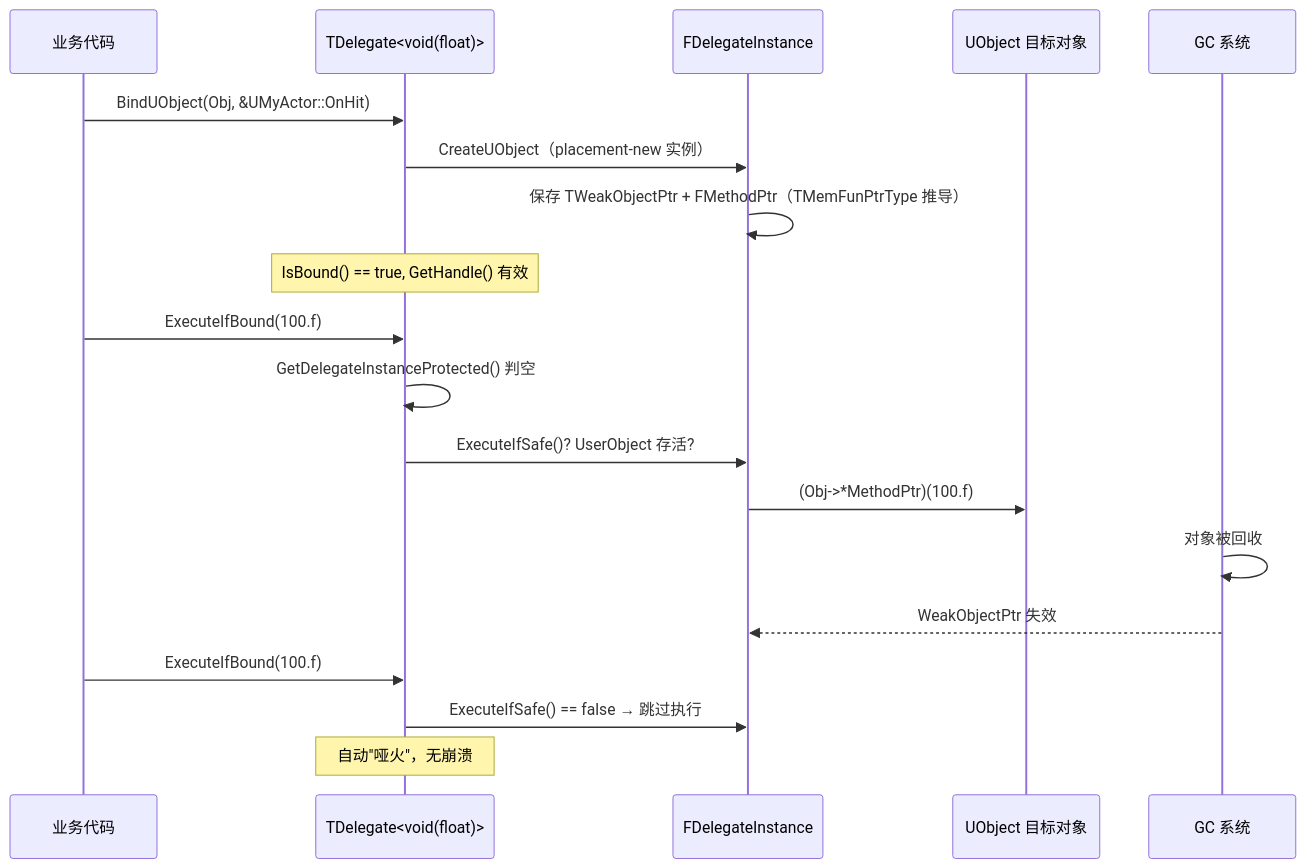
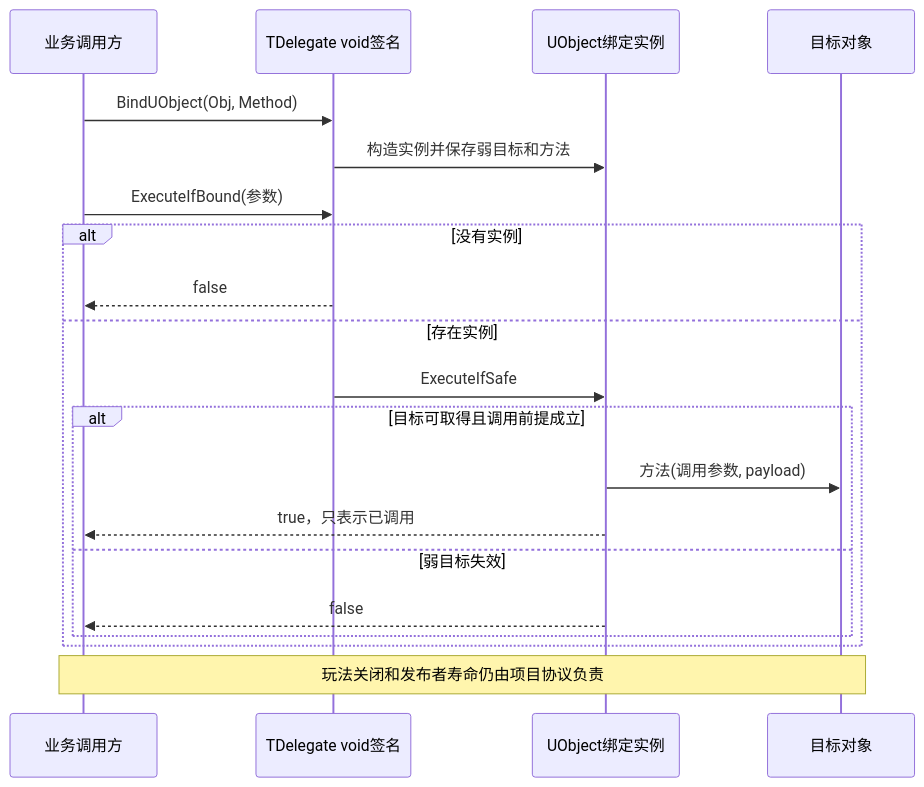
One commit to fantuan812/learning changed the first of 3 diagrams in 知识/03-引擎架构与资源系统/模块化框架与对象通信/06-委托与事件系统源码.md. Above: the diagram before and after it, drawn with Mermaid. The commit also changed other lines of this file and 2 other files, not shown here.

````diff
--- a/知识/03-引擎架构与资源系统/模块化框架与对象通信/06-委托与事件系统源码.md
+++ b/知识/03-引擎架构与资源系统/模块化框架与对象通信/06-委托与事件系统源码.md
@@ -1401,24 +1593,22 @@
 ```mermaid
 sequenceDiagram
-    participant Dev as 业务代码
-    participant D as TDelegate<void(float)>
-    participant Inst as FDelegateInstance
-    participant Obj as UObject 目标对象
-    participant GC as GC 系统
-
-    Dev->>D: BindUObject(Obj, &UMyActor::OnHit)
-    D->>Inst: CreateUObject（placement-new 实例）
-    Inst->>Inst: 保存 TWeakObjectPtr + FMethodPtr（TMemFunPtrType 推导）
-    Note over D: IsBound() == true, GetHandle() 有效
-
-    Dev->>D: ExecuteIfBound(100.f)
-    D->>D: GetDelegateInstanceProtected() 判空
-    D->>Inst: ExecuteIfSafe()? UserObject 存活?
-    Inst->>Obj: (Obj->*MethodPtr)(100.f)
-
-    GC->>GC: 对象被回收
-    GC-->>Inst: WeakObjectPtr 失效
-    Dev->>D: ExecuteIfBound(100.f)
-    D->>Inst: ExecuteIfSafe() == false → 跳过执行
-    Note over D: 自动"哑火"，无崩溃
+    participant App as 业务调用方
+    participant D as TDelegate void签名
+    participant I as UObject绑定实例
+    participant O as 目标对象
+    App->>D: BindUObject(Obj, Method)
+    D->>I: 构造实例并保存弱目标和方法
+    App->>D: ExecuteIfBound(参数)
+    alt 没有实例
+        D-->>App: false
+    else 存在实例
+        D->>I: ExecuteIfSafe
+        alt 目标可取得且调用前提成立
+            I->>O: 方法(调用参数, payload)
+            I-->>App: true，只表示已调用
+        else 弱目标失效
+            I-->>App: false
+        end
+    end
+    Note over App,O: 玩法关闭和发布者寿命仍由项目协议负责
 ```
````
